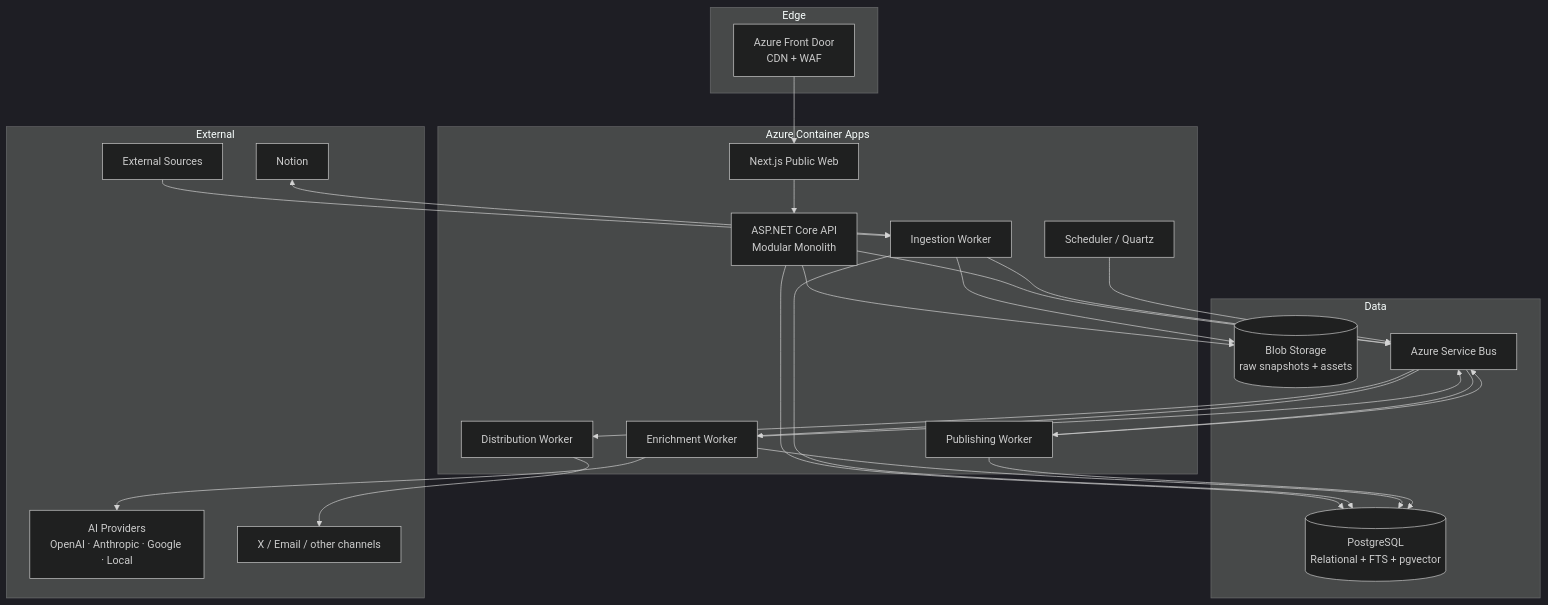
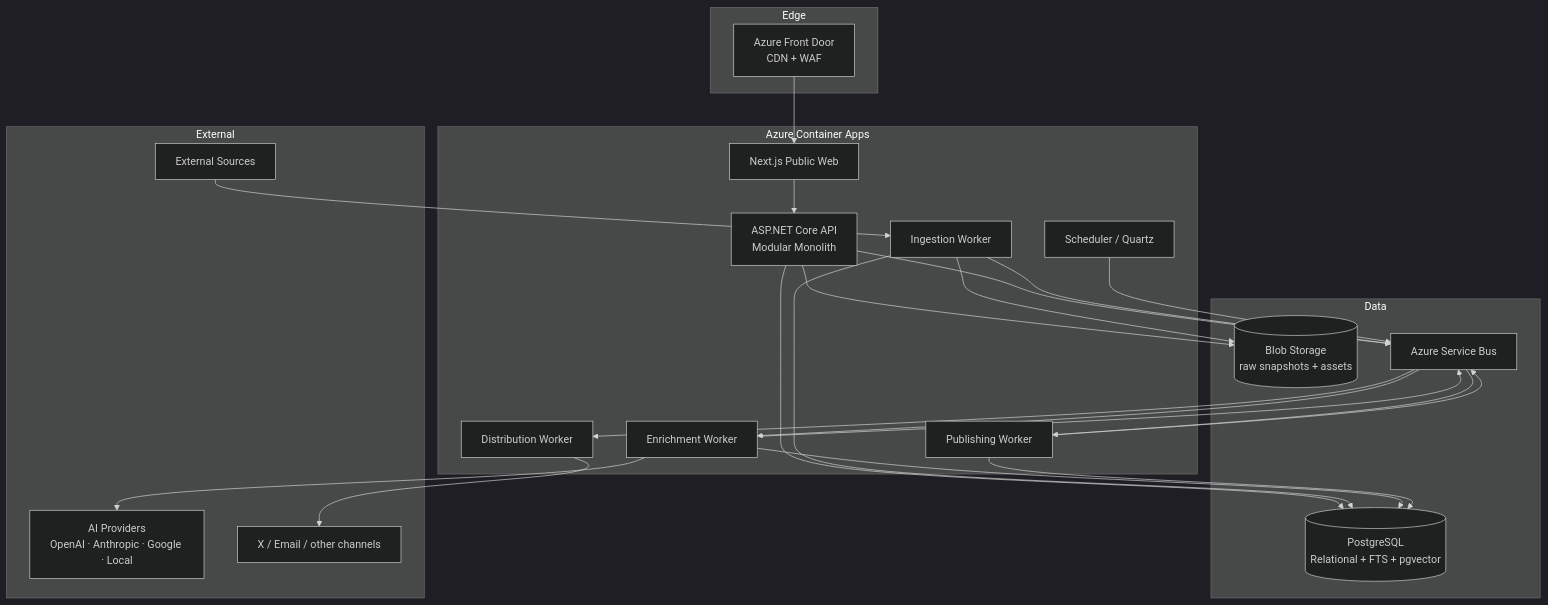
The diagram in docs/architecture/02-container-architecture.md (SynthesisWire/ai-news-platform), drawn with Mermaid (dark theme) before and after one commit. The commit also changed 20 other files, not shown here.

````diff
--- a/docs/architecture/02-container-architecture.md
+++ b/docs/architecture/02-container-architecture.md
@@ -3,50 +3,48 @@
 ```mermaid
 flowchart TB
     subgraph Edge
       FD[Azure Front Door\nCDN + WAF]
     end
 
     subgraph Apps[Azure Container Apps]
       WEB[Next.js Public Web]
       API[ASP.NET Core API\nModular Monolith]
       ING[Ingestion Worker]
       ENR[Enrichment Worker]
       PUB[Publishing Worker]
       DIST[Distribution Worker]
       SCH[Scheduler / Quartz]
     end
 
     subgraph Data
       PG[(PostgreSQL\nRelational + FTS + pgvector)]
       BLOB[(Blob Storage\nraw snapshots + assets)]
       SB[Azure Service Bus]
     end
 
     subgraph External
       SRC[External Sources]
-      NOTION[Notion]
       MODELS[AI Providers\nOpenAI · Anthropic · Google · Local]
       SOCIAL[X / Email / other channels]
     end
 
     FD --> WEB
     WEB --> API
     API --> PG
     API --> BLOB
     API --> SB
     SRC --> ING
-    NOTION <--> ING
     ING --> PG
     ING --> BLOB
     ING --> SB
     SB --> ENR
     ENR --> MODELS
     ENR --> PG
     ENR --> SB
     SB --> PUB
     PUB --> PG
     PUB --> SB
     SB --> DIST
     DIST --> SOCIAL
     SCH --> SB
 ```
````
